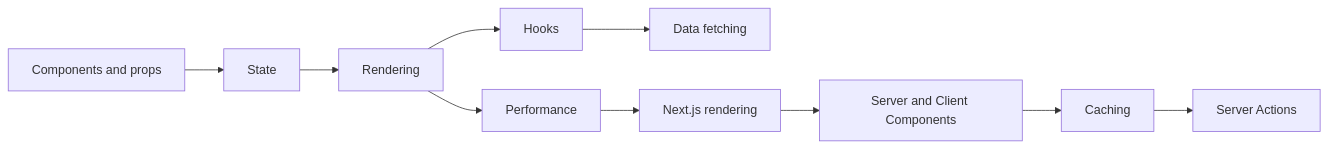
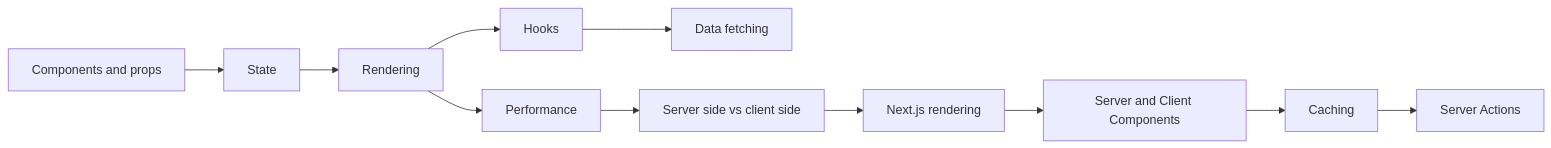
Before and after one commit to starjustice/research-material: the diagram in learn/react/README.md, drawn with Mermaid. The commit also changed other lines of this file and 10 other files, not shown here.

First line of the commit message:
Add lesson 19: how a website works, server side and client side

````diff
--- a/learn/react/README.md
+++ b/learn/react/README.md
@@ -14,12 +14,13 @@
 ```mermaid
 graph LR
     A["Components and props"] --> B["State"]
     B --> C["Rendering"]
     C --> D["Hooks"]
     D --> E["Data fetching"]
     C --> F["Performance"]
-    F --> G["Next.js rendering"]
+    F --> W["Server side vs client side"]
+    W --> G["Next.js rendering"]
     G --> H["Server and Client Components"]
     H --> I["Caching"]
     I --> J["Server Actions"]
 ```
````
